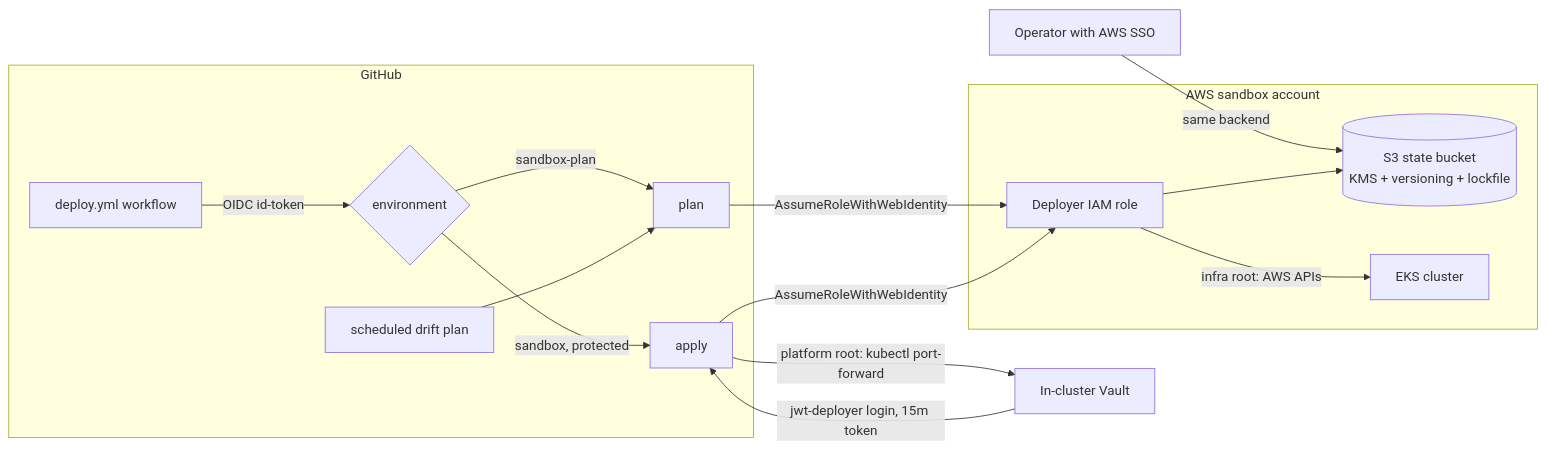
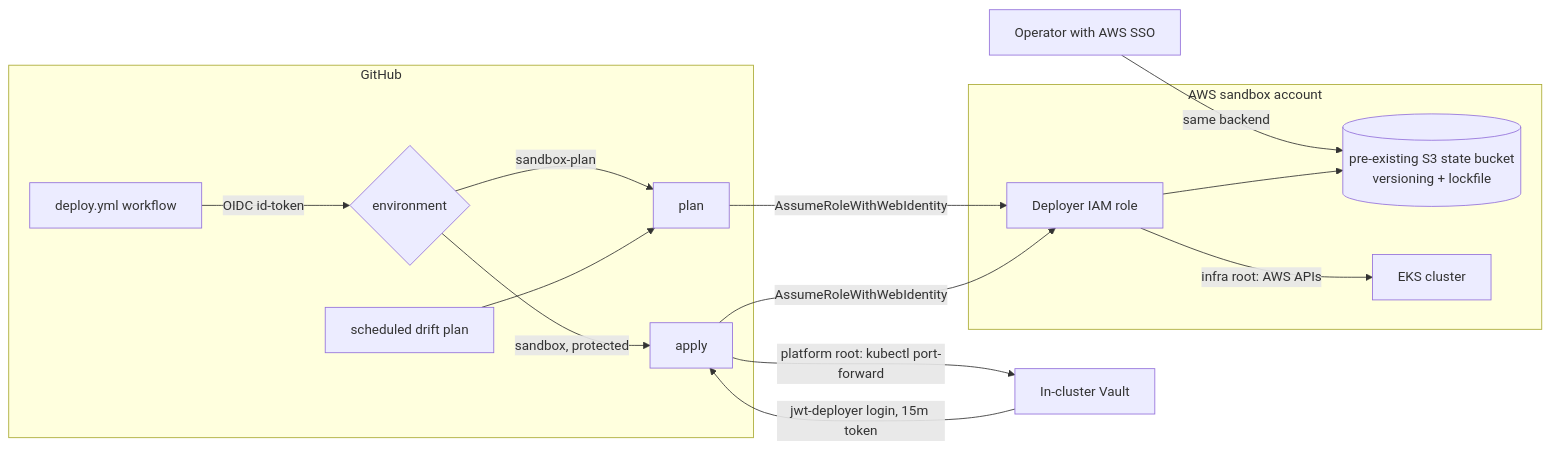
The diagram in docs/DEPLOY.md (jaezeu/agentgate), drawn with Mermaid before and after one commit. The commit also changed other lines of this file and 11 other files, not shown here.

Commit message:
feat(deploy): assume pre-existing state bucket and adopt community OIDC module

````diff
--- a/docs/DEPLOY.md
+++ b/docs/DEPLOY.md
@@ -48,23 +51,23 @@
 ```mermaid
 flowchart LR
     subgraph GitHub
         W[deploy.yml workflow] -->|OIDC id-token| E{environment}
         E -->|sandbox-plan| P[plan]
         E -->|sandbox, protected| A[apply]
         D[scheduled drift plan] --> P
     end
 
     subgraph AWS[AWS sandbox account]
         R[Deployer IAM role]
-        S[(S3 state bucket
-KMS + versioning + lockfile)]
+        S[(pre-existing S3 state bucket
+versioning + lockfile)]
         K[EKS cluster]
     end
 
     O[Operator with AWS SSO] -->|same backend| S
     P & A -->|AssumeRoleWithWebIdentity| R
     R --> S
     R -->|infra root: AWS APIs| K
     A -->|platform root: kubectl port-forward| V[In-cluster Vault]
     V -->|jwt-deployer login, 15m token| A
 ```
````
